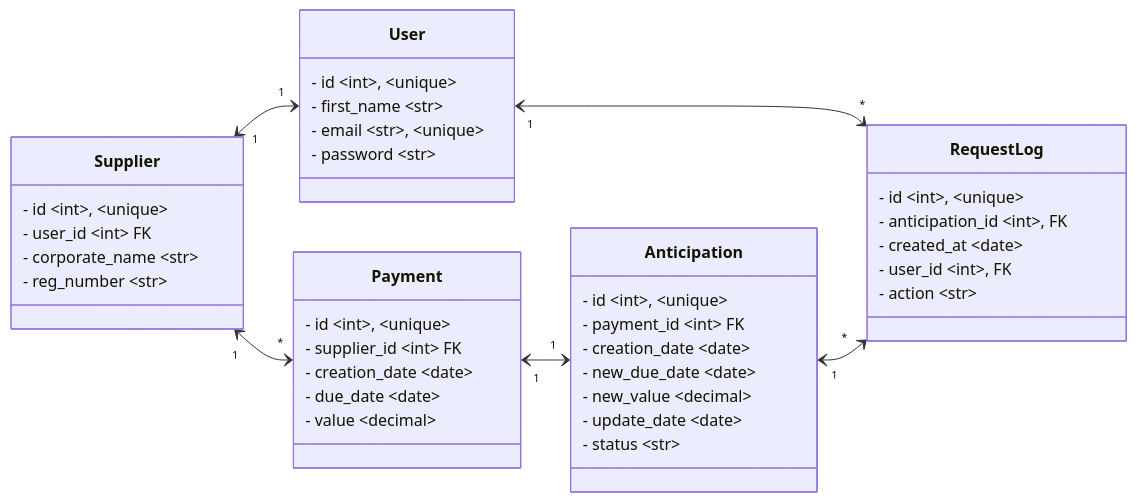
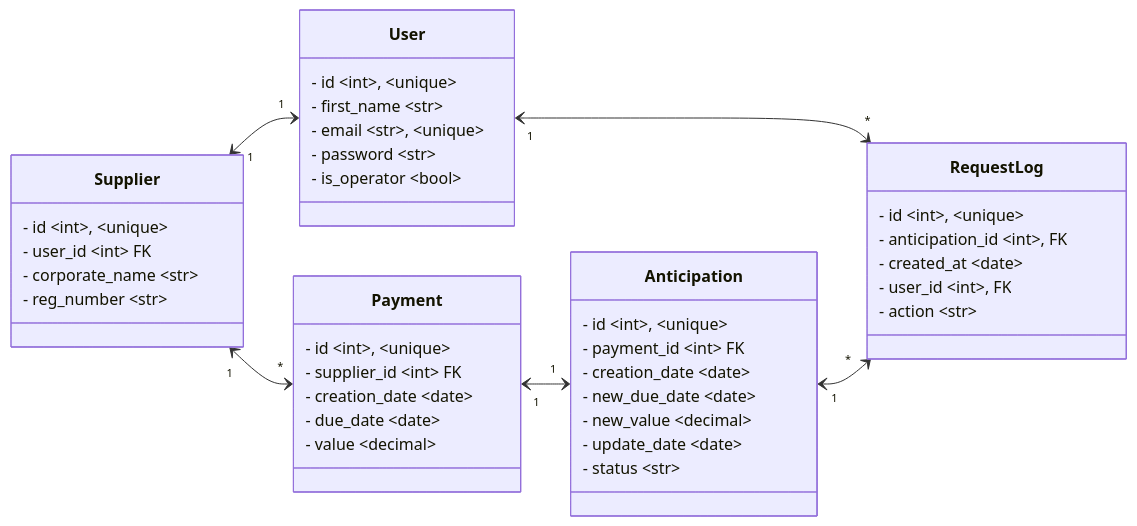
Before and after one commit to fczanetti/work-at-codevance-api: the diagram in README.md, drawn with Mermaid. The commit also changed other lines of this file and 1 other file, not shown here.

````diff
--- a/README.md
+++ b/README.md
@@ -25,52 +41,53 @@
  ```mermaid
  classDiagram
  direction RL
  
  User "1" <--> "1" Supplier
  RequestLog "*" <--> "1" Anticipation
  RequestLog "*" <--> "1" User
  Anticipation "1" <--> "1" Payment
  Payment "*" <--> "1" Supplier
 
 
  class User {
     - id ~int~, ~unique~
     - first_name ~str~
     - email ~str~, ~unique~
     - password ~str~
+    - is_operator ~bool~
  }
 
  class Supplier {
     - id ~int~, ~unique~
     - user_id ~int~ FK
     - corporate_name ~str~
     - reg_number ~str~
  }
 
  class Payment {
     - id ~int~, ~unique~
     - supplier_id ~int~ FK
     - creation_date ~date~
     - due_date ~date~
     - value ~decimal~
  }
 
  class Anticipation {
     - id ~int~, ~unique~
     - payment_id ~int~ FK
     - creation_date ~date~
     - new_due_date ~date~
     - new_value ~decimal~
     - update_date ~date~
     - status ~str~
  }
 
  class RequestLog {
     - id ~int~, ~unique~
     - anticipation_id ~int~, FK
     - created_at ~date~
     - user_id ~int~, FK
     - action ~str~
  }
 
  ```
````
